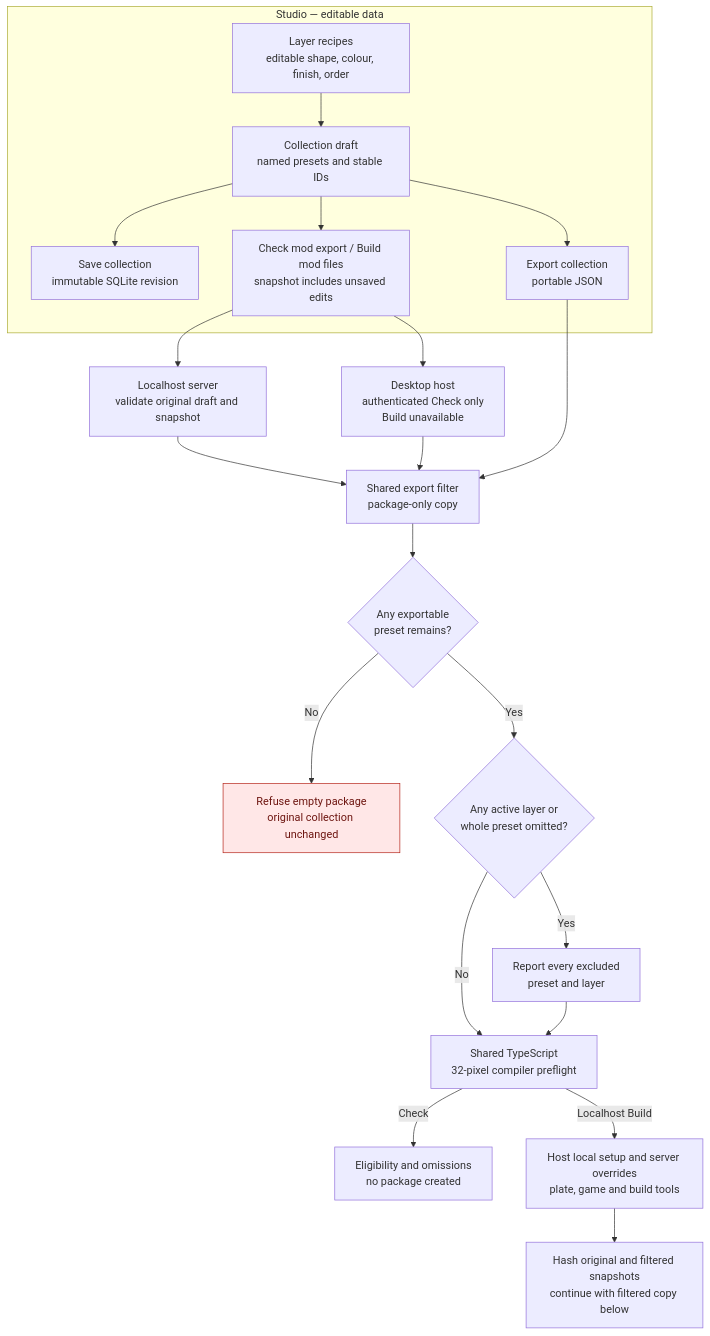
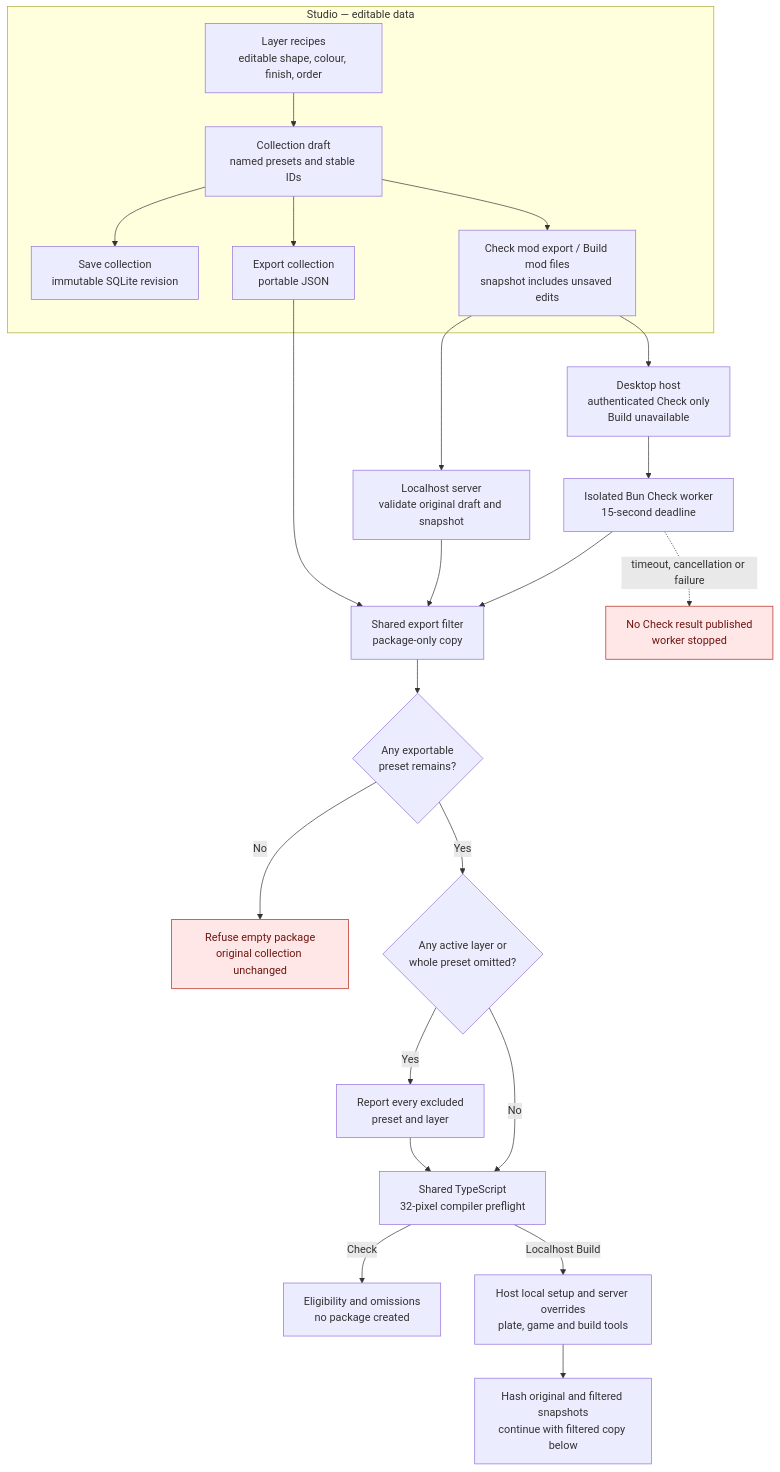
One commit to axefrog/xf-studio changed the first of 3 diagrams in research/authoring/studio-to-mod-pipeline.md. Above: the diagram before and after it, drawn with Mermaid. The commit also changed other lines of this file and 13 other files, not shown here.

Commit message:
Isolate desktop package Check in bounded Bun worker

````diff
--- a/research/authoring/studio-to-mod-pipeline.md
+++ b/research/authoring/studio-to-mod-pipeline.md
@@ -11,27 +11,29 @@
 ```mermaid
 flowchart TB
   subgraph editor["Studio — editable data"]
     recipe["Layer recipes<br/>editable shape, colour, finish, order"] --> draft["Collection draft<br/>named presets and stable IDs"]
     draft --> sqlite["Save collection<br/>immutable SQLite revision"]
     draft --> export["Export collection<br/>portable JSON"]
     draft --> ui["Check mod export / Build mod files<br/>snapshot includes unsaved edits"]
   end
 
   ui --> server["Localhost server<br/>validate original draft and snapshot"]
   ui --> desktop["Desktop host<br/>authenticated Check only<br/>Build unavailable"]
   server --> filter["Shared export filter<br/>package-only copy"]
-  desktop --> filter
+  desktop --> worker["Isolated Bun Check worker<br/>15-second deadline"]
+  worker --> filter
+  worker -. "timeout, cancellation or failure" .-> noresult["No Check result published<br/>worker stopped"]
   export --> filter
   filter --> decision{"Any exportable<br/>preset remains?"}
   decision -- No --> reject["Refuse empty package<br/>original collection unchanged"]
   decision -- Yes --> omitted{"Any active layer or<br/>whole preset omitted?"}
   omitted -- Yes --> warn["Report every excluded<br/>preset and layer"]
   omitted -- No --> preflight["Shared TypeScript<br/>32-pixel compiler preflight"]
   warn --> preflight
   preflight -- Check --> ready["Eligibility and omissions<br/>no package created"]
   preflight -- "Localhost Build" --> setup["Host local setup and server overrides<br/>plate, game and build tools"]
   setup --> snapshot["Hash original and filtered snapshots<br/>continue with filtered copy below"]
 
   classDef blocked fill:#ffe7e7,stroke:#b42318,color:#6e1611;
-  class reject blocked;
+  class reject,noresult blocked;
 ```
````
